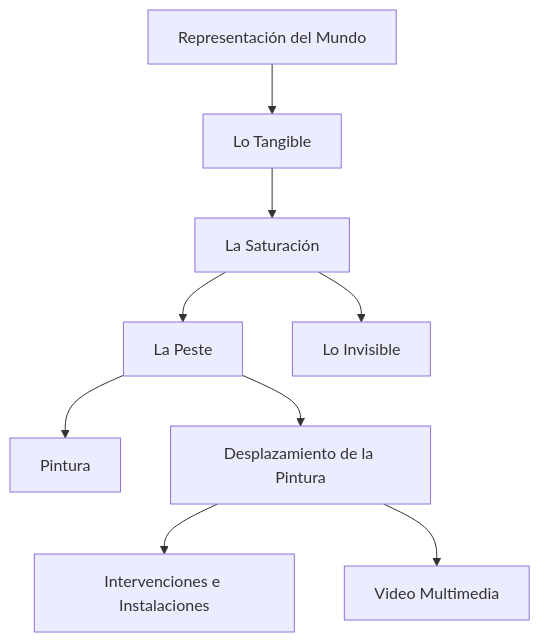
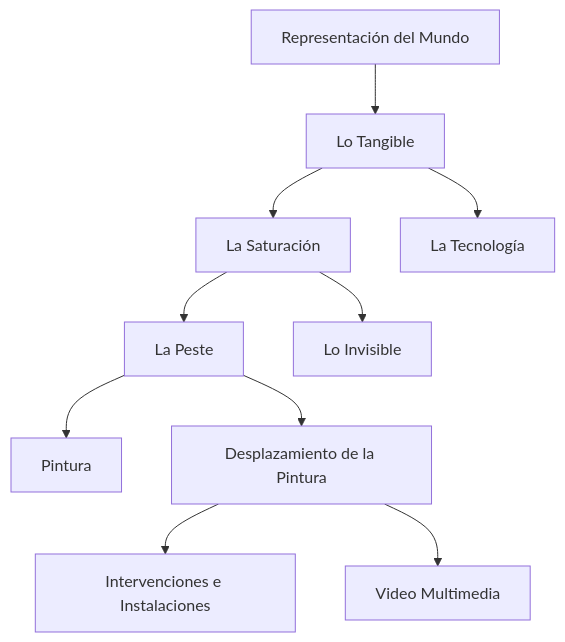
One commit to EGGS-Artesvisuales/EGGS-Artesvisuales.github.io changed the diagram in ES/saturacion.md. Above: the diagram before and after it, drawn with Mermaid. The commit also changed other lines of this file, not shown here.

```diff
--- a/ES/saturacion.md
+++ b/ES/saturacion.md
@@ -33,25 +33,27 @@
 <div class="mermaid">
 graph TD
   RM[Representación del Mundo]
   LT[Lo Tangible]
   LS[La Saturación]
+  LTec[La Tecnología]
   LP[La Peste]
   LI[Lo Invisible]
   P[Pintura]
   DP[Desplazamiento de la Pintura]
   DPI[Intervenciones e Instalaciones]
   DPV[Video Multimedia]
 
   RM --> LT
   LT --> LS
+  LT --> LTec
   LS --> LP
   LS --> LI
   LP --> P
   LP --> DP
   DP --> DPI
   DP --> DPV
 
   click LS "/Es/saturacion.html" "Ir a La Saturación"
   click LP "/Es/la-peste.html" "Ir a La Peste"
   click LI "/Es/lo-invisible.html" "Ir a Lo Invisible"
 </div>
```
